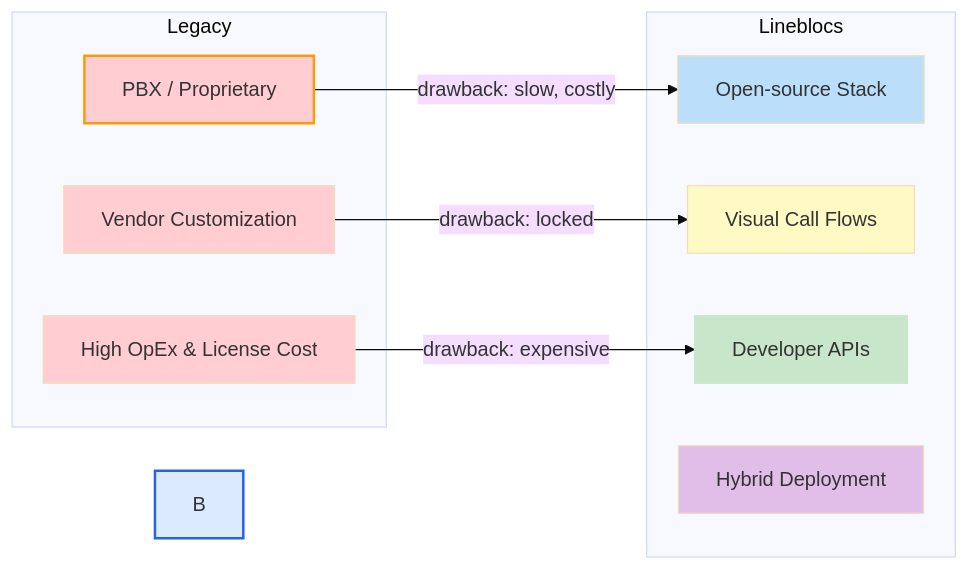
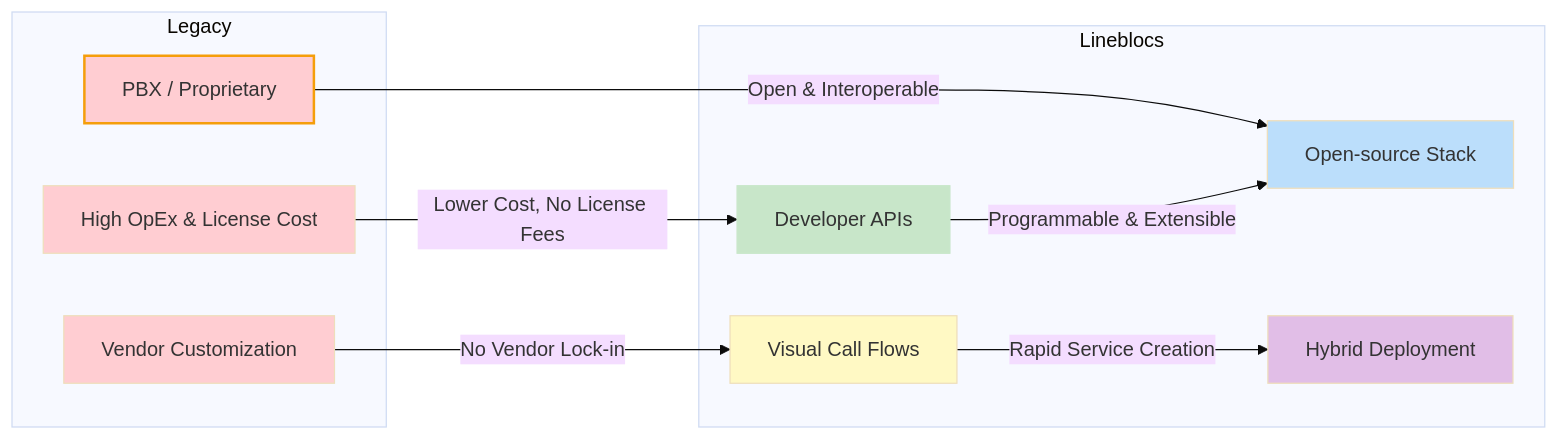
The first of 2 diagrams in README.md (Lineblocs/lineblocs), drawn with Mermaid (base theme) before and after one commit.

Commit message:
Clarify Lineblocs benefits in Mermaid diagram vs legacy telecom

````diff
--- a/README.md
+++ b/README.md
@@ -144,28 +144,28 @@
 ```mermaid
 flowchart LR
- subgraph Legacy
-        A["PBX / Proprietary"]
-        V["Vendor Customization"]
-        COST["High OpEx & License Cost"]
+  subgraph Legacy
+    A["PBX / Proprietary"]
+    V["Vendor Customization"]
+    COST["High OpEx & License Cost"]
   end
- subgraph Lineblocs
-        B1["Open-source Stack"]
-        B2["Visual Call Flows"]
-        B3["Developer APIs"]
-        B4["Hybrid Deployment"]
+  subgraph Lineblocs
+    B1["Open-source Stack"]
+    B2["Visual Call Flows"]
+    B3["Developer APIs"]
+    B4["Hybrid Deployment"]
   end
-    A -- drawback: slow, costly --> B1
-    V -- drawback: locked --> B2
-    COST -- drawback: expensive --> B3
-    B["B"]
+  A -- "Open & Interoperable" --> B1
+  V -- "No Vendor Lock-in" --> B2
+  COST -- "Lower Cost, No License Fees" --> B3
+  B2 -- "Rapid Service Creation" --> B4
+  B3 -- "Programmable & Extensible" --> B1
 
-    style A fill:#FFCDD2,stroke:#f59e0b,stroke-width:2px
-    style V fill:#FFCDD2
-    style COST fill:#FFCDD2
-    style B1 fill:#BBDEFB
-    style B2 fill:#FFF9C4
-    style B3 stroke:#C8E6C9,fill:#C8E6C9
-    style B4 fill:#E1BEE7
-    style B fill:#dbeafe,stroke:#2563eb,stroke-width:2px
-    click B1 "https://lineblocs.com/resources"
+  style A fill:#FFCDD2,stroke:#f59e0b,stroke-width:2px
+  style V fill:#FFCDD2
+  style COST fill:#FFCDD2
+  style B1 fill:#BBDEFB
+  style B2 fill:#FFF9C4
+  style B3 stroke:#C8E6C9,fill:#C8E6C9
+  style B4 fill:#E1BEE7
+  click B1 "https://lineblocs.com/resources"
 ```
````
